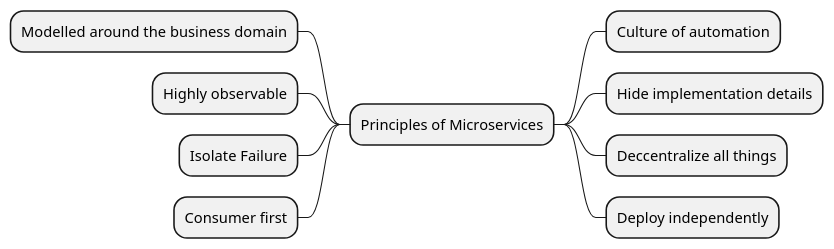
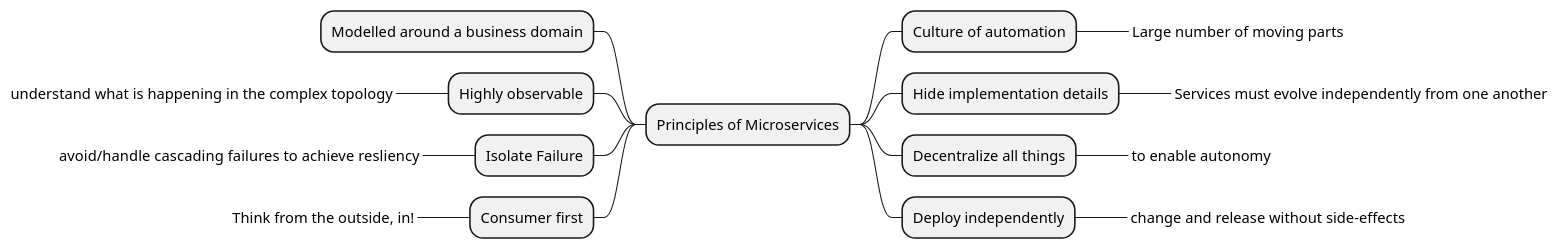
One commit to bobbyache/study-diagrams changed the diagram in microservices/principles.plantuml. Above: the diagram before and after it, drawn with PlantUML. The commit also changed 6 other files, not shown here.

Commit message:
Updates to microservice mind maps

```diff
--- a/microservices/principles.plantuml
+++ b/microservices/principles.plantuml
@@ -2,31 +2,22 @@
-@startmindmap
-
+@startmindmap "Principles"
 ' 12 factor app
 ' https://12factor.net/
 
-' + Microservices Principles
-' ++ Principle
-' +++ the idea
-' +++ Change lesss frequency
-' +++ Have an outcome you're trying to achieve
-' +++ The twelve factor horoko
-' +++ and in-house principles
-' ++++ must go towards what org is trying to achieve
-' ++ Practice
-' +++ Implementation of an idea
-' +++ Change frequently
-
-
 + Principles of Microservices
--- Modelled around the business domain
+-- Modelled around a business domain
 -- Highly observable
+---_ understand what is happening in the complex topology
 -- Isolate Failure
+---_ avoid/handle cascading failures  to achieve resliency
 -- Consumer first
+---_ Think from the outside, in!
 ++ Culture of automation
++++_ Large number of moving parts
 ++ Hide implementation details
-++ Deccentralize all things
++++_ Services must evolve independently from one another
+++ Decentralize all things
++++_ to enable autonomy
 ++ Deploy independently
-
-
++++_ change and release without side-effects 
 
 @endmindmap
```
